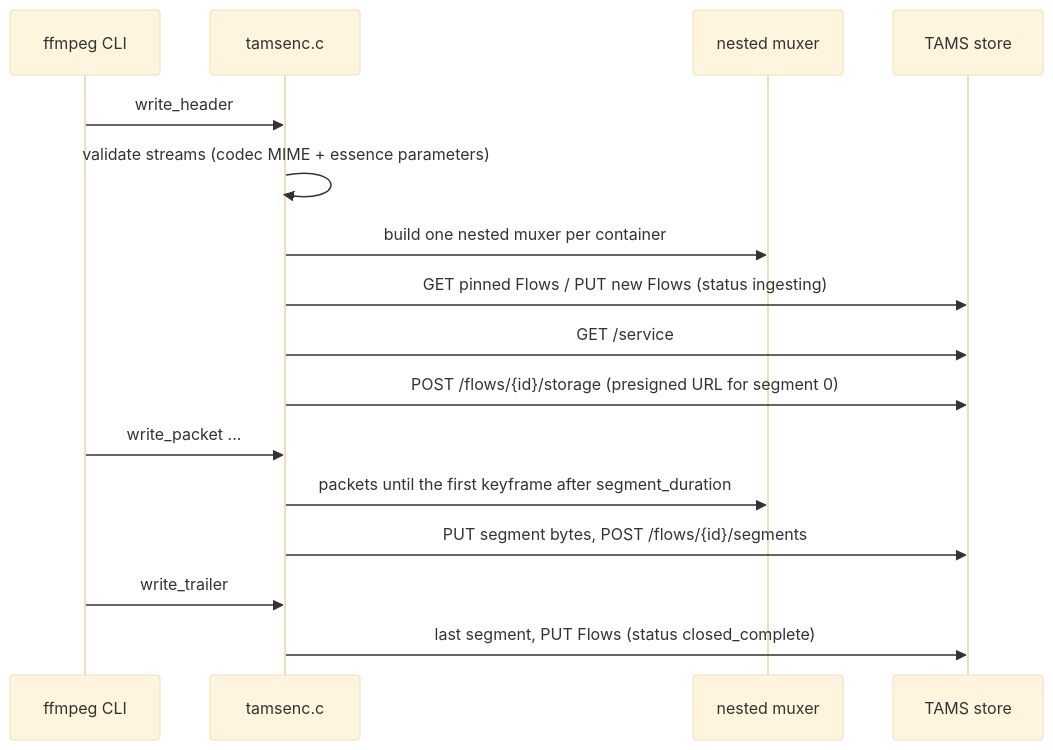
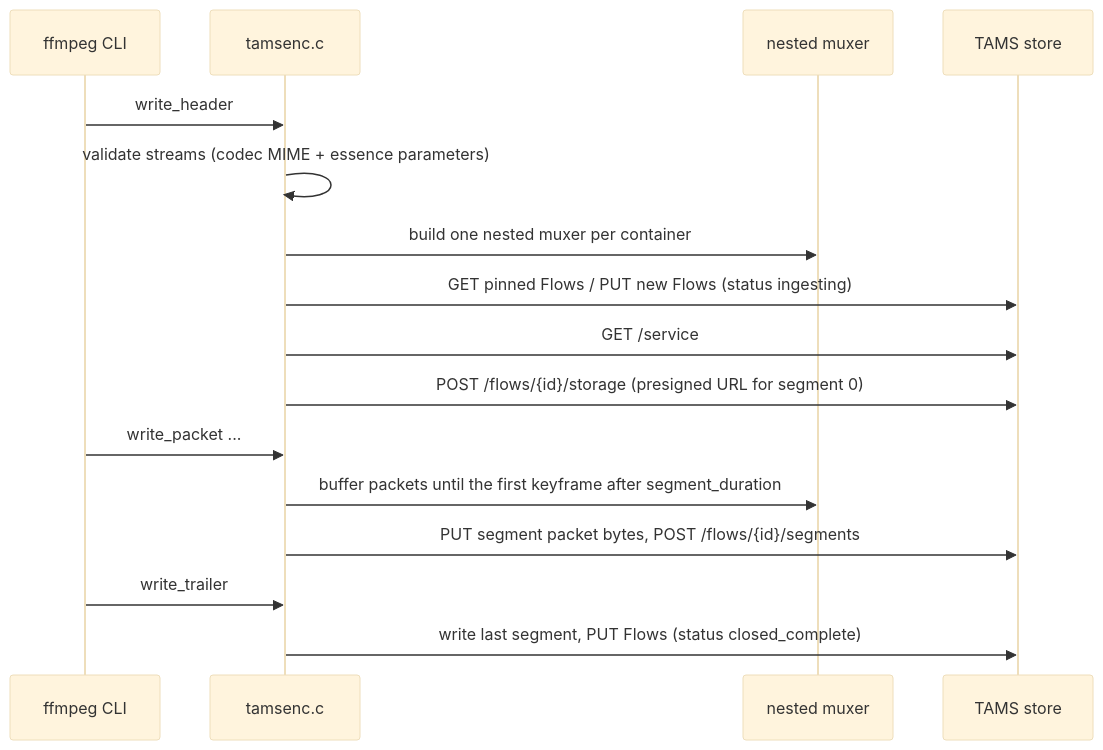
Before and after one commit to hootworks/website: the fourth of 5 diagrams in content/news/tams-implementation-in-ffmpeg/index.md, drawn with Mermaid (base theme). The commit also changed other lines of this file, not shown here.

First line of the commit message:
content: update tams ffmpeg post

````diff
--- a/content/news/tams-implementation-in-ffmpeg/index.md
+++ b/content/news/tams-implementation-in-ffmpeg/index.md
@@ -358,19 +390,19 @@
 ```mermaid
 sequenceDiagram
     participant CLI as ffmpeg CLI
     participant Mux as tamsenc.c
     participant Sub as nested muxer
     participant TAMS as TAMS store
 
     CLI->>Mux: write_header
     Mux->>Mux: validate streams (codec MIME + essence parameters)
     Mux->>Sub: build one nested muxer per container
     Mux->>TAMS: GET pinned Flows / PUT new Flows (status ingesting)
     Mux->>TAMS: GET /service
     Mux->>TAMS: POST /flows/{id}/storage (presigned URL for segment 0)
     CLI->>Mux: write_packet ...
-    Mux->>Sub: packets until the first keyframe after segment_duration
-    Mux->>TAMS: PUT segment bytes, POST /flows/{id}/segments
+    Mux->>Sub: buffer packets until the first keyframe after segment_duration
+    Mux->>TAMS: PUT segment packet bytes, POST /flows/{id}/segments
     CLI->>Mux: write_trailer
-    Mux->>TAMS: last segment, PUT Flows (status closed_complete)
+    Mux->>TAMS: write last segment, PUT Flows (status closed_complete)
 ```
````
